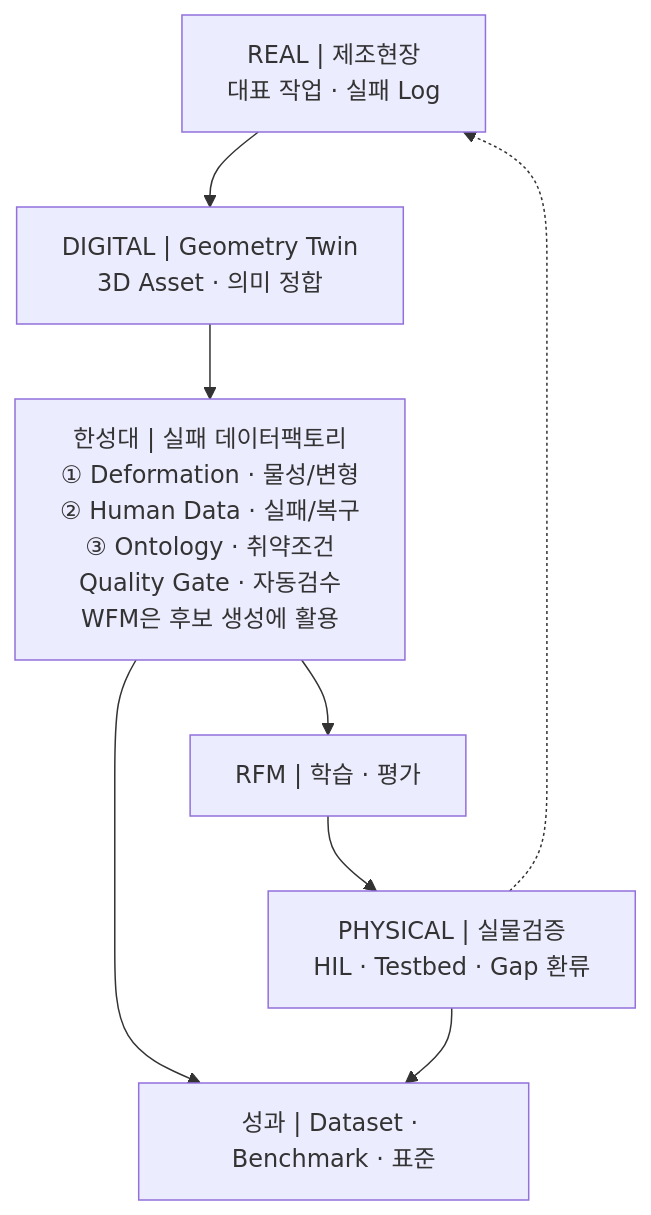
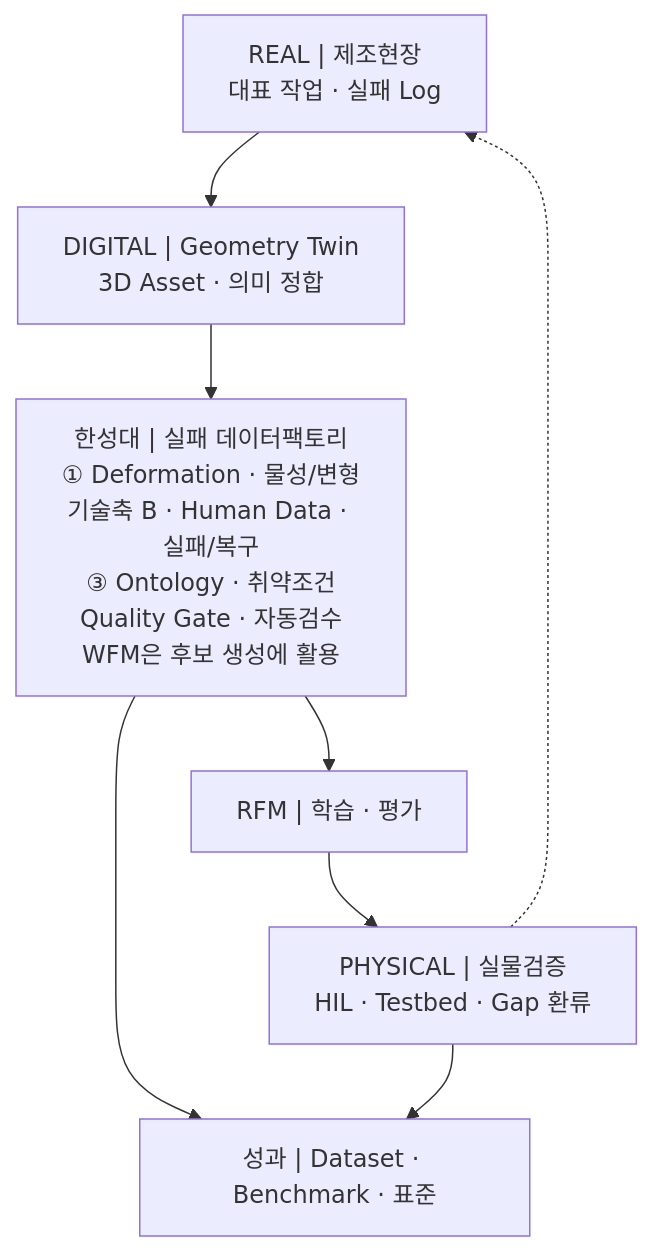
Before and after one commit to parclab-hsu/parclab-hsu.github.io: the second of 2 diagrams in homepage-src/docs/projects/manufacturing-data-factory-rfm/roadmap.md, drawn with Mermaid. The commit also changed other lines of this file and 4 other files, not shown here.

````diff
--- a/homepage-src/docs/projects/manufacturing-data-factory-rfm/roadmap.md
+++ b/homepage-src/docs/projects/manufacturing-data-factory-rfm/roadmap.md
@@ -61,14 +61,14 @@
 ```mermaid
 flowchart TB
     REAL["REAL | 제조현장<br/>대표 작업 · 실패 Log"]
     GEO["DIGITAL | Geometry Twin<br/>3D Asset · 의미 정합"]
-    CORE["한성대 | 실패 데이터팩토리<br/>① Deformation · 물성/변형<br/>② Human Data · 실패/복구<br/>③ Ontology · 취약조건<br/>Quality Gate · 자동검수<br/>WFM은 후보 생성에 활용"]
+    CORE["한성대 | 실패 데이터팩토리<br/>① Deformation · 물성/변형<br/>기술축 B · Human Data · 실패/복구<br/>③ Ontology · 취약조건<br/>Quality Gate · 자동검수<br/>WFM은 후보 생성에 활용"]
     RFM["RFM | 학습 · 평가"]
     TEST["PHYSICAL | 실물검증<br/>HIL · Testbed · Gap 환류"]
     OUTPUT["성과 | Dataset · Benchmark · 표준"]
 
     REAL --> GEO --> CORE --> RFM --> TEST
     CORE --> OUTPUT
     TEST --> OUTPUT
     TEST -.-> REAL
 ```
````
